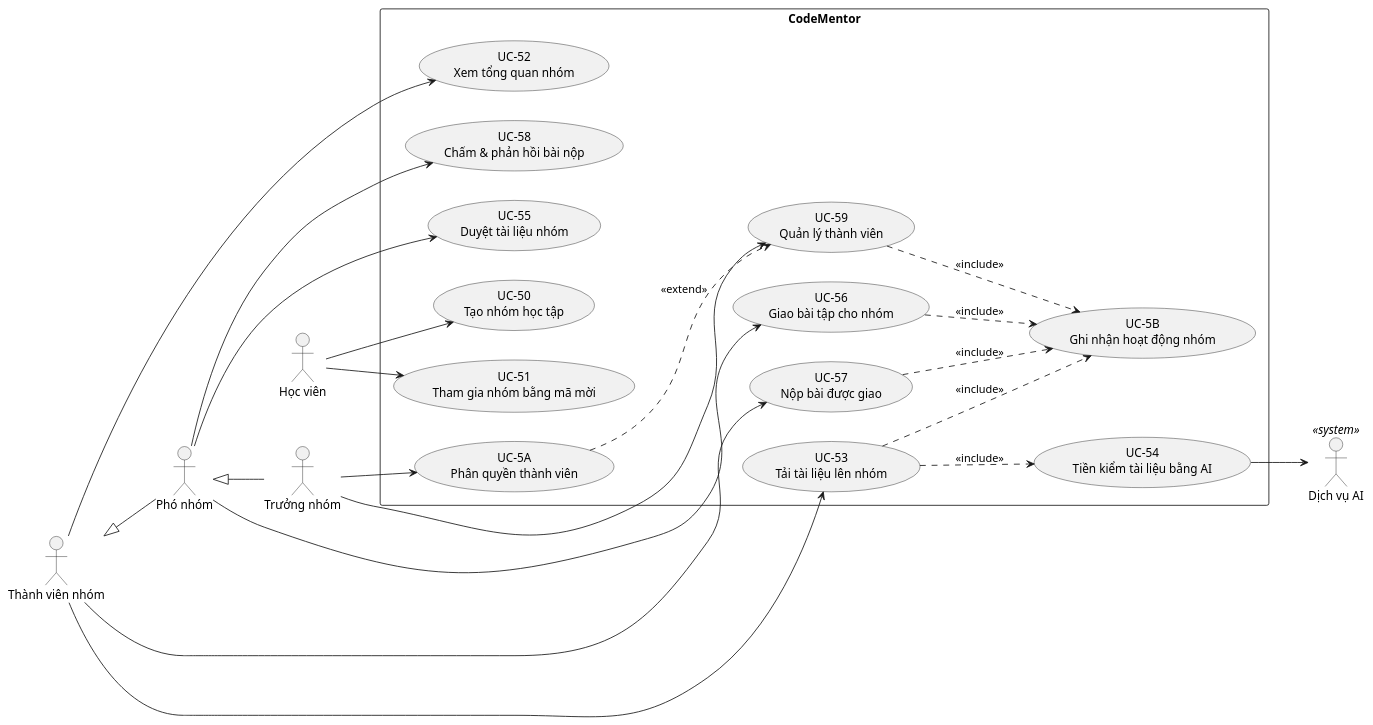
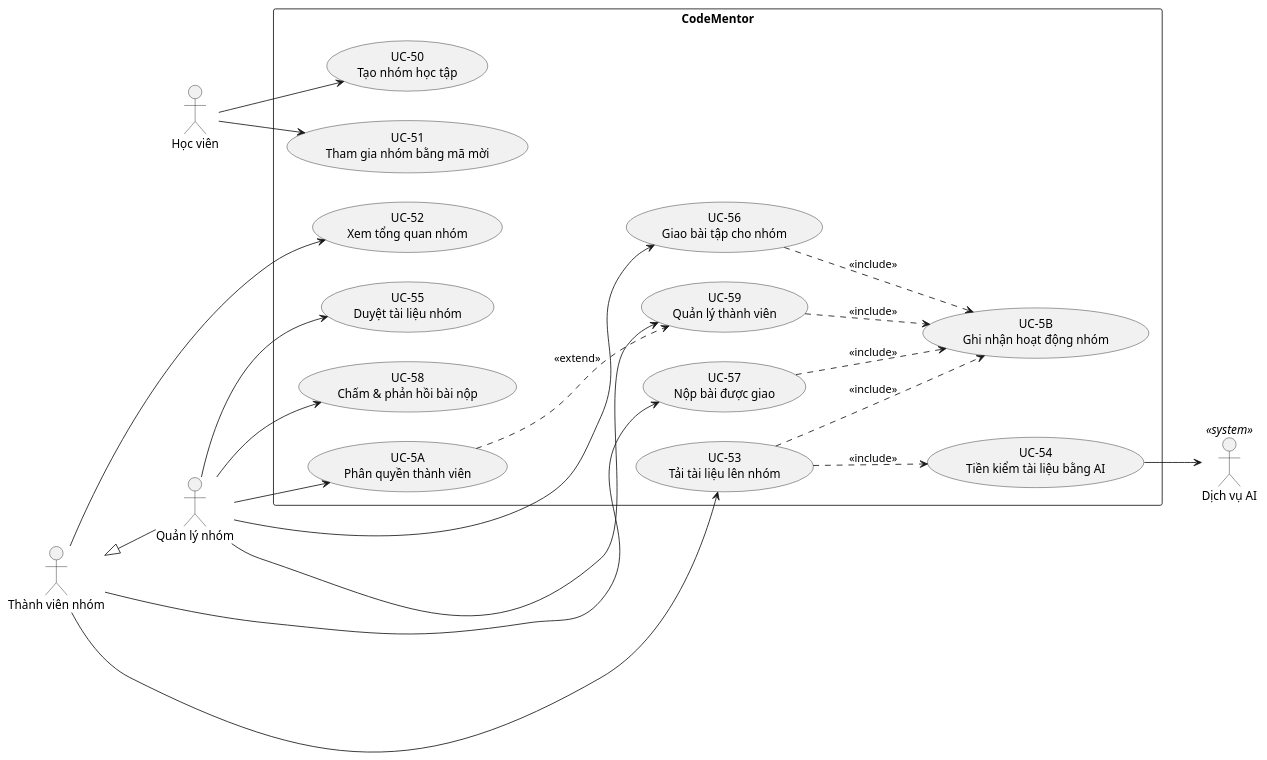
One commit to codementor-official/codementor-infra changed the seventh of 10 diagrams in docs/07-use-case-model.md. Above: the diagram before and after it, drawn with PlantUML. The commit also changed other lines of this file and 2 other files, not shown here.

````diff
--- a/docs/07-use-case-model.md
+++ b/docs/07-use-case-model.md
@@ -362,48 +360,46 @@
 ```plantuml
 @startuml p6-groups
 left to right direction
 
 actor "Học viên" as Learner
 actor "Thành viên nhóm" as GMember
-actor "Phó nhóm" as GDeputy
-actor "Trưởng nhóm" as GOwner
-GMember <|-- GDeputy
-GDeputy <|-- GOwner
+actor "Quản lý nhóm" as GManager
+GMember <|-- GManager
 
 rectangle "CodeMentor" {
   usecase "UC-50\nTạo nhóm học tập" as UC50
   usecase "UC-51\nTham gia nhóm bằng mã mời" as UC51
   usecase "UC-52\nXem tổng quan nhóm" as UC52
   usecase "UC-53\nTải tài liệu lên nhóm" as UC53
   usecase "UC-54\nTiền kiểm tài liệu bằng AI" as UC54
   usecase "UC-55\nDuyệt tài liệu nhóm" as UC55
   usecase "UC-56\nGiao bài tập cho nhóm" as UC56
   usecase "UC-57\nNộp bài được giao" as UC57
   usecase "UC-58\nChấm & phản hồi bài nộp" as UC58
   usecase "UC-59\nQuản lý thành viên" as UC59
   usecase "UC-5A\nPhân quyền thành viên" as UC5A
   usecase "UC-5B\nGhi nhận hoạt động nhóm" as UC5B
 
   UC53 ..> UC54 : <<include>>
   UC53 ..> UC5B : <<include>>
   UC56 ..> UC5B : <<include>>
   UC57 ..> UC5B : <<include>>
   UC59 ..> UC5B : <<include>>
   UC5A ..> UC59 : <<extend>>
 }
 
 actor "Dịch vụ AI" as AI <<system>>
 
 Learner  --> UC50
 Learner  --> UC51
 GMember  --> UC52
 GMember  --> UC53
 GMember  --> UC57
-GDeputy  --> UC55
-GDeputy  --> UC56
-GDeputy  --> UC58
-GOwner   --> UC59
-GOwner   --> UC5A
+GManager --> UC55
+GManager --> UC56
+GManager --> UC58
+GManager --> UC59
+GManager --> UC5A
 UC54 --> AI
 @enduml
 ```
````
